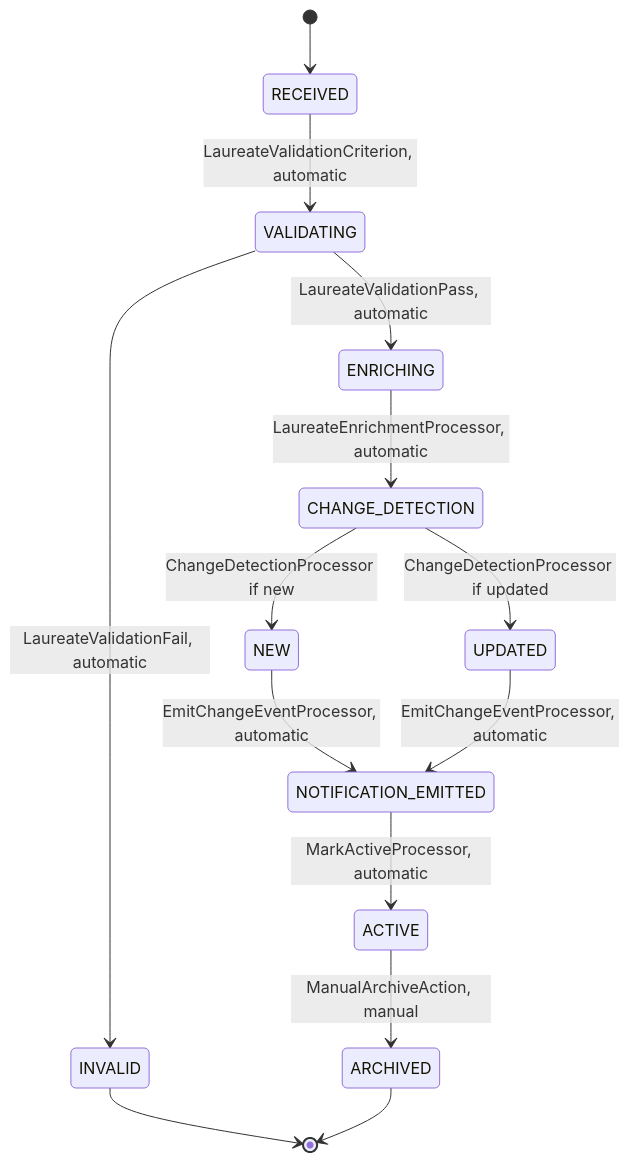
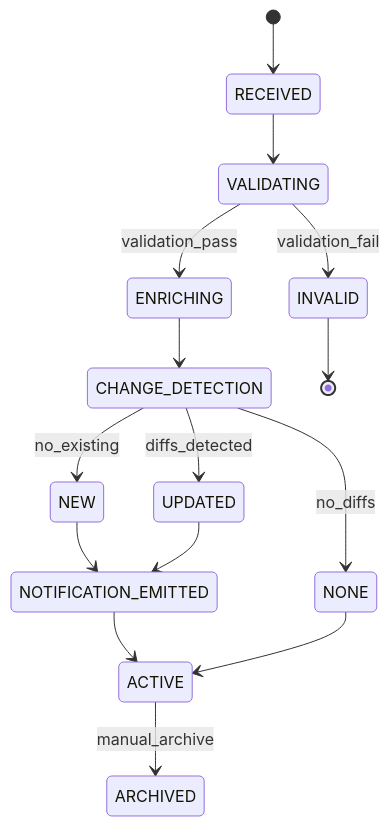
Before and after one commit to Cyoda-platform/java-client-template: the second of 3 diagrams in src/main/java/com/java_template/prototype/functional_requirement.md, drawn with Mermaid. The commit also changed other lines of this file, not shown here.

````diff
--- a/src/main/java/com/java_template/prototype/functional_requirement.md
+++ b/src/main/java/com/java_template/prototype/functional_requirement.md
@@ -82,16 +175,17 @@
 ```mermaid
 stateDiagram-v2
     [*] --> RECEIVED
-    RECEIVED --> VALIDATING : LaureateValidationCriterion, automatic
-    VALIDATING --> ENRICHING : LaureateValidationPass, automatic
-    VALIDATING --> INVALID : LaureateValidationFail, automatic
-    ENRICHING --> CHANGE_DETECTION : LaureateEnrichmentProcessor, automatic
-    CHANGE_DETECTION --> NEW : ChangeDetectionProcessor if new
-    CHANGE_DETECTION --> UPDATED : ChangeDetectionProcessor if updated
-    NEW --> NOTIFICATION_EMITTED : EmitChangeEventProcessor, automatic
-    UPDATED --> NOTIFICATION_EMITTED : EmitChangeEventProcessor, automatic
-    NOTIFICATION_EMITTED --> ACTIVE : MarkActiveProcessor, automatic
-    ACTIVE --> ARCHIVED : ManualArchiveAction, manual
+    RECEIVED --> VALIDATING
+    VALIDATING --> INVALID : validation_fail
+    VALIDATING --> ENRICHING : validation_pass
+    ENRICHING --> CHANGE_DETECTION
+    CHANGE_DETECTION --> NEW : no_existing
+    CHANGE_DETECTION --> UPDATED : diffs_detected
+    CHANGE_DETECTION --> NONE : no_diffs
+    NEW --> NOTIFICATION_EMITTED
+    UPDATED --> NOTIFICATION_EMITTED
+    NOTIFICATION_EMITTED --> ACTIVE
+    ACTIVE --> ARCHIVED : manual_archive
     INVALID --> [*]
-    ARCHIVED --> [*]
+    NONE --> ACTIVE
 ```
````
